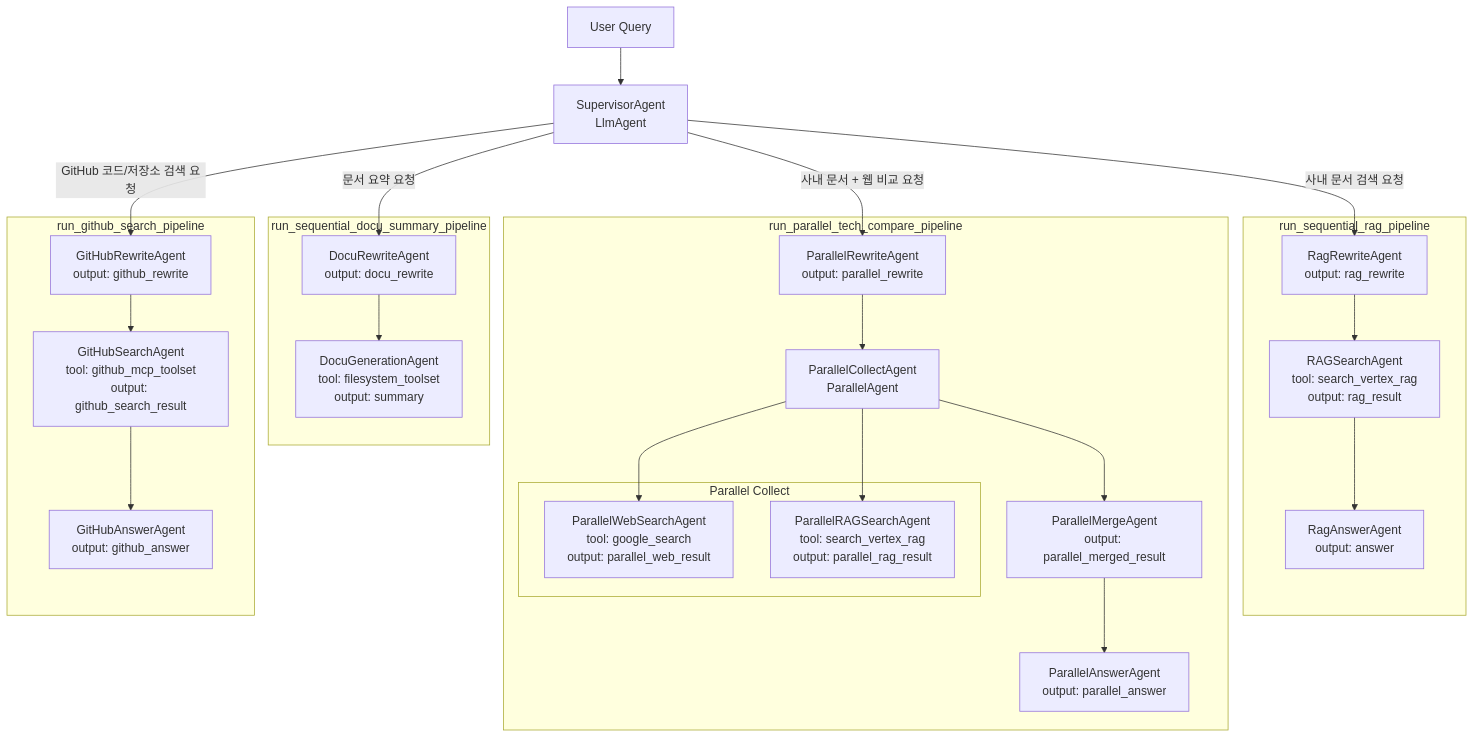
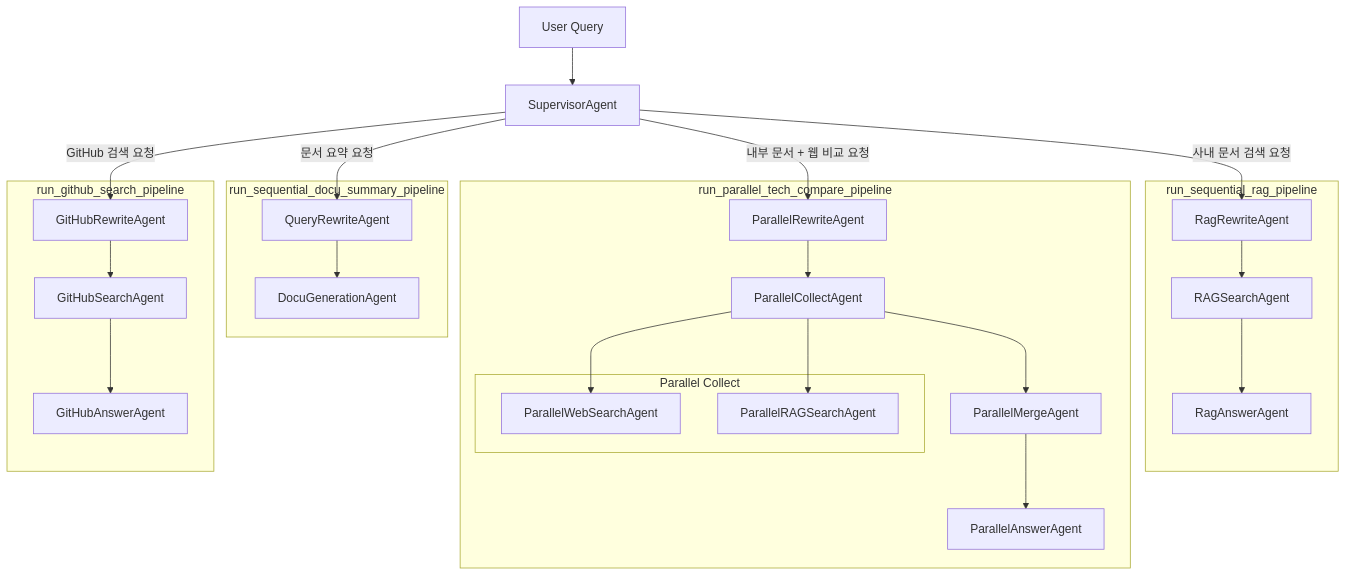
The diagram in README.md (joohyoung99/adk-project-final), drawn with Mermaid before and after one commit. The commit also changed other lines of this file and 4 other files, not shown here.

````diff
--- a/README.md
+++ b/README.md
@@ -108,45 +40,45 @@
 ```mermaid
 flowchart TD
-    U[User Query] --> S[SupervisorAgent<br/>LlmAgent]
+    U[User Query] --> S[SupervisorAgent]
 
     S -->|문서 요약 요청| D1
     S -->|사내 문서 검색 요청| R1
-    S -->|사내 문서 + 웹 비교 요청| P1
-    S -->|GitHub 코드/저장소 검색 요청| G1
+    S -->|내부 문서 + 웹 비교 요청| P1
+    S -->|GitHub 검색 요청| G1
 
     subgraph DOCU[run_sequential_docu_summary_pipeline]
-        D1[DocuRewriteAgent<br/>output: docu_rewrite]
-        D2[DocuGenerationAgent<br/>tool: filesystem_toolset<br/>output: summary]
+        D1[QueryRewriteAgent]
+        D2[DocuGenerationAgent]
         D1 --> D2
     end
 
     subgraph RAG[run_sequential_rag_pipeline]
-        R1[RagRewriteAgent<br/>output: rag_rewrite]
-        R2[RAGSearchAgent<br/>tool: search_vertex_rag<br/>output: rag_result]
-        R3[RagAnswerAgent<br/>output: answer]
+        R1[RagRewriteAgent]
+        R2[RAGSearchAgent]
+        R3[RagAnswerAgent]
         R1 --> R2 --> R3
     end
 
     subgraph TECH[run_parallel_tech_compare_pipeline]
-        P1[ParallelRewriteAgent<br/>output: parallel_rewrite]
-        P2[ParallelCollectAgent<br/>ParallelAgent]
-        P3[ParallelMergeAgent<br/>output: parallel_merged_result]
-        P4[ParallelAnswerAgent<br/>output: parallel_answer]
+        P1[ParallelRewriteAgent]
+        P2[ParallelCollectAgent]
+        P3[ParallelMergeAgent]
+        P4[ParallelAnswerAgent]
         P1 --> P2 --> P3 --> P4
 
         subgraph COLLECT[Parallel Collect]
-            W[ParallelWebSearchAgent<br/>tool: google_search<br/>output: parallel_web_result]
-            G[ParallelRAGSearchAgent<br/>tool: search_vertex_rag<br/>output: parallel_rag_result]
+            W[ParallelWebSearchAgent]
+            V[ParallelRAGSearchAgent]
         end
 
         P2 --> W
-        P2 --> G
+        P2 --> V
     end
 
     subgraph GITHUB[run_github_search_pipeline]
-        G1[GitHubRewriteAgent<br/>output: github_rewrite]
-        G2[GitHubSearchAgent<br/>tool: github_mcp_toolset<br/>output: github_search_result]
-        G3[GitHubAnswerAgent<br/>output: github_answer]
+        G1[GitHubRewriteAgent]
+        G2[GitHubSearchAgent]
+        G3[GitHubAnswerAgent]
         G1 --> G2 --> G3
     end
 ```
````
